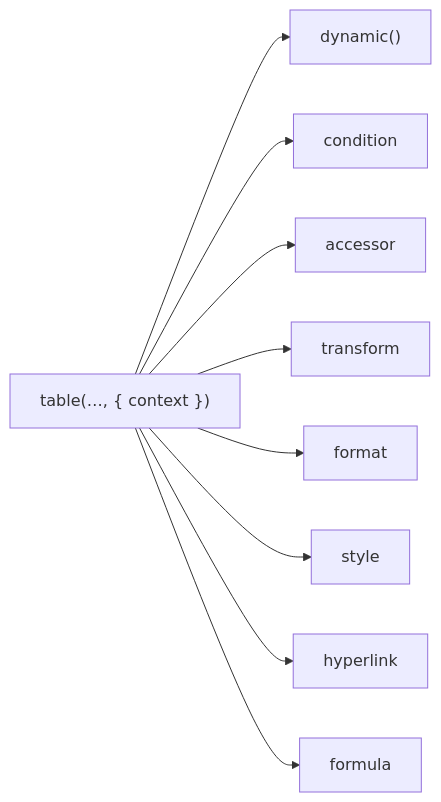
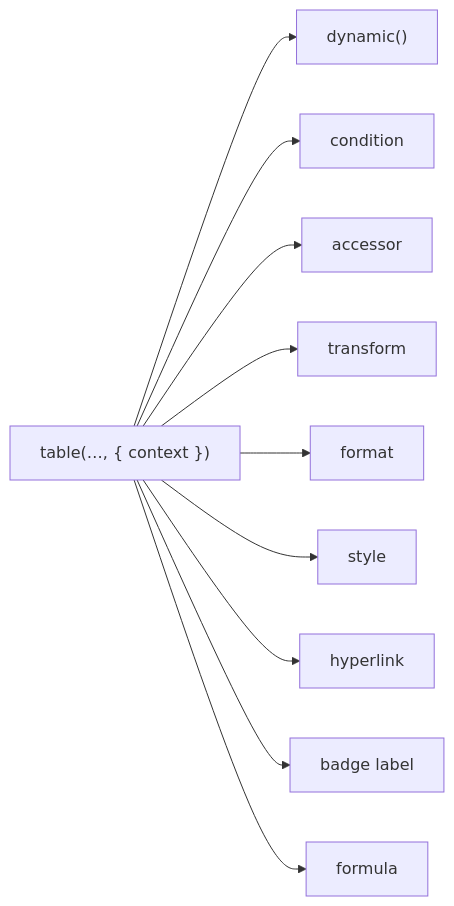
One commit to ChronicStone/typed-xlsx changed the diagram in apps/docs/content/02.core-concepts/2.schema-context.md. Above: the diagram before and after it, drawn with Mermaid. The commit also changed other lines of this file and 5 other files, not shown here.

````diff
--- a/apps/docs/content/02.core-concepts/2.schema-context.md
+++ b/apps/docs/content/02.core-concepts/2.schema-context.md
@@ -26,12 +26,13 @@
 ```mermaid
 flowchart LR
   T["table(…, { context })"]
   T --> D["dynamic()"]
   T --> C["condition"]
   T --> A["accessor"]
   T --> TR["transform"]
   T --> F["format"]
   T --> S["style"]
   T --> H["hyperlink"]
+  T --> B["badge label"]
   T --> FX["formula"]
 ```
````
